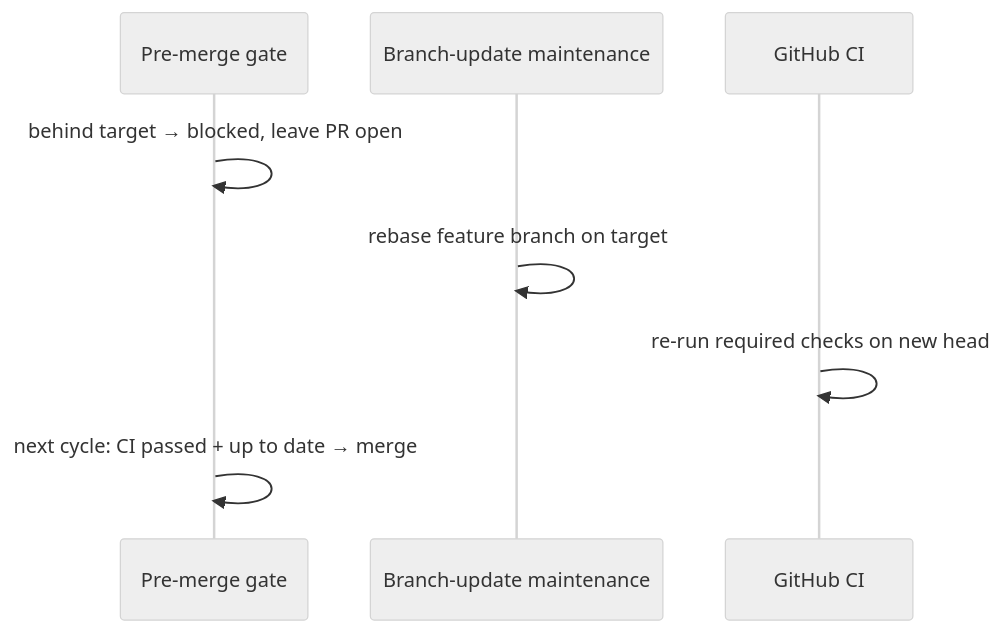
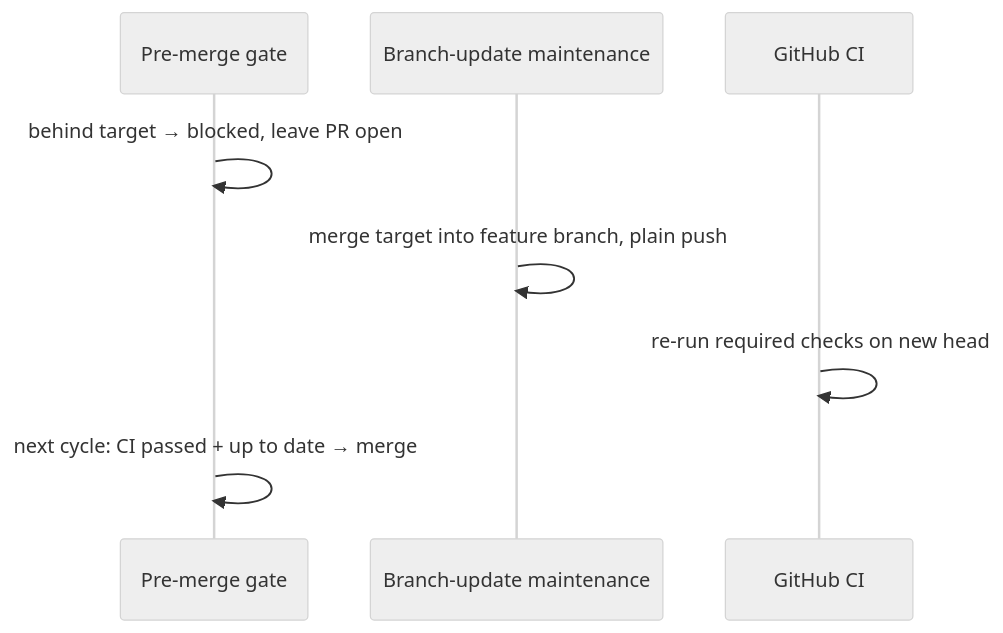
One commit to stSoftwareAU/VibeCoder changed the fourth of 8 diagrams in docs/workflows/pr-feedback.md. Above: the diagram before and after it, drawn with Mermaid (neutral theme). The commit also changed other lines of this file and 4 other files, not shown here.

First line of the commit message:
Docs: branch sync and per-cycle update merge and push, never force (#2807)

````diff
--- a/docs/workflows/pr-feedback.md
+++ b/docs/workflows/pr-feedback.md
@@ -350,10 +355,10 @@
 ```mermaid
 sequenceDiagram
     participant G as Pre-merge gate
     participant M as Branch-update maintenance
     participant CI as GitHub CI
     G->>G: behind target → blocked, leave PR open
-    M->>M: rebase feature branch on target
+    M->>M: merge target into feature branch, plain push
     CI->>CI: re-run required checks on new head
     G->>G: next cycle: CI passed + up to date → merge
 ```
````
